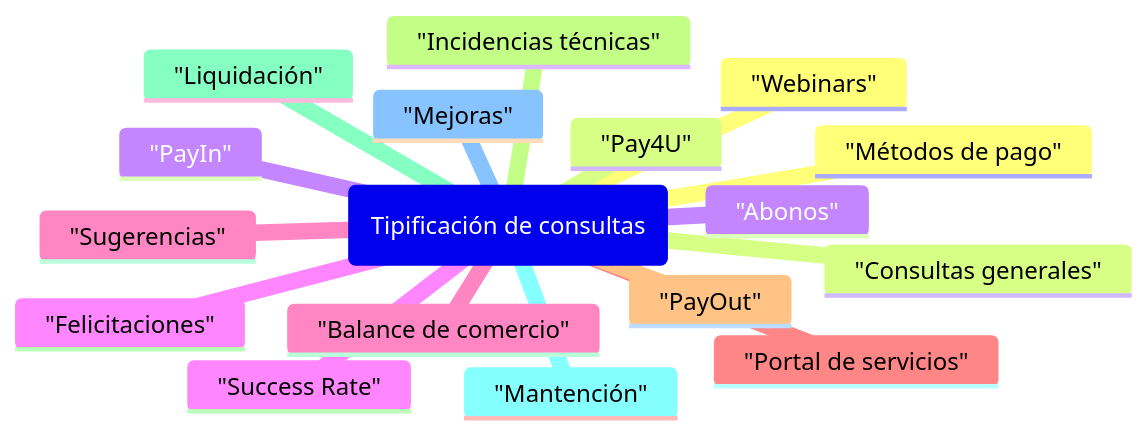
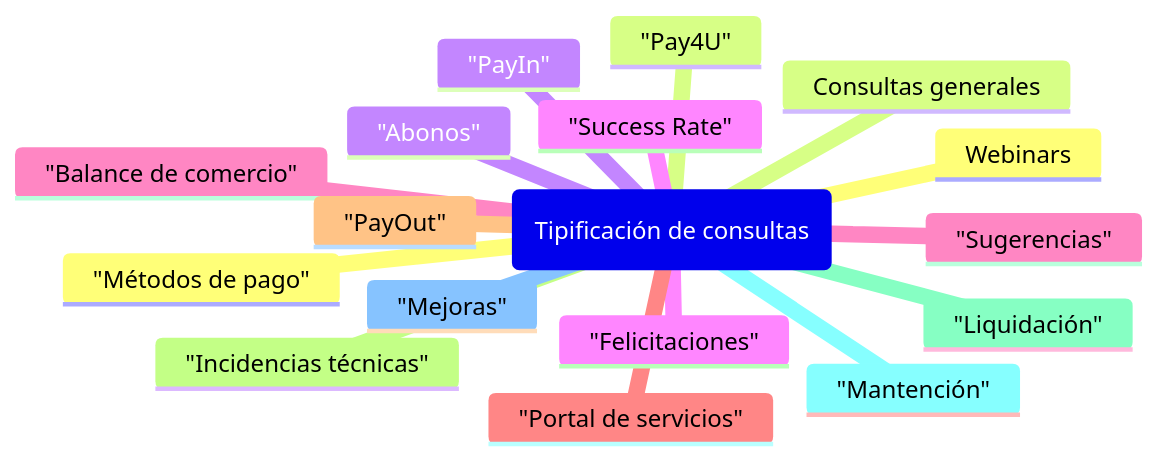
Before and after one commit to DanielDiazHernandezPP/ProntoPagaDocs: the diagram in custom_pages/necesitas-ayuda.md, drawn with Mermaid.

Commit message:
Update custom page `necesitas-ayuda`

````diff
--- a/custom_pages/necesitas-ayuda.md
+++ b/custom_pages/necesitas-ayuda.md
@@ -14,20 +14,20 @@
 ```mermaid
 mindmap
   root("Tipificación de consultas")
-    "Webinars"
-    "Consultas generales"
+    Webinars
+    Consultas generales
     "Abonos"
     "Felicitaciones"
     "Balance de comercio"
     "Portal de servicios"
     "PayOut"
     "Incidencias técnicas"
     "Liquidación"
     "Mantención"
     "Mejoras"
     "Métodos de pago"
     "Pay4U"
     "PayIn"
     "Success Rate"
     "Sugerencias"
 ```
````
